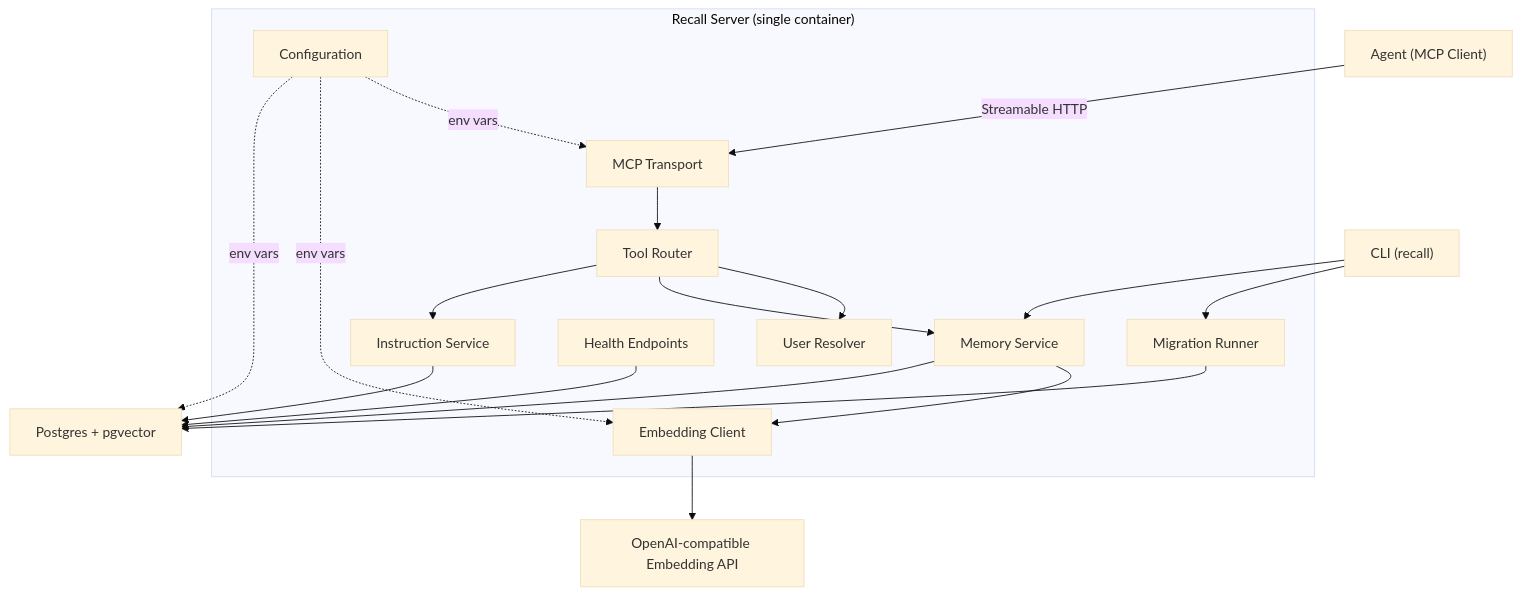
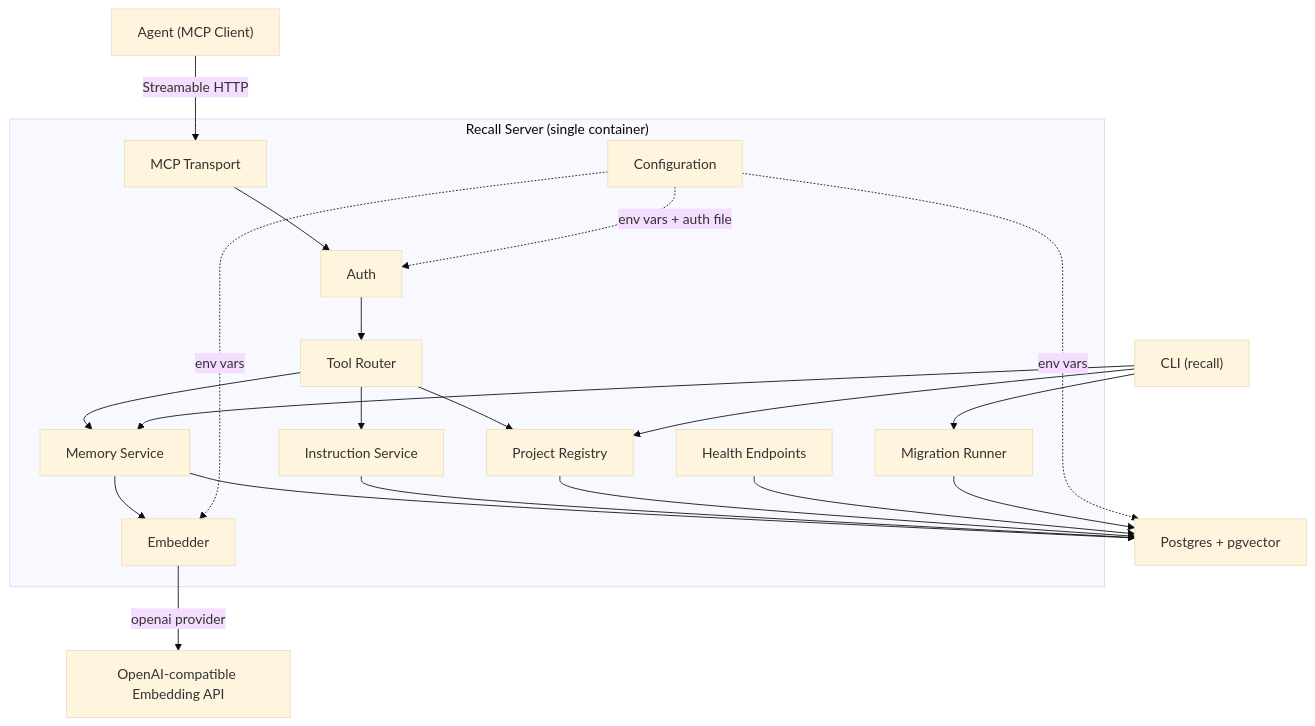
The first of 6 diagrams in docs/design/v2-design.md (mironyx/recall), drawn with Mermaid (base theme) before and after one commit. The commit also changed other lines of this file, not shown here.

````diff
--- a/docs/design/v2-design.md
+++ b/docs/design/v2-design.md
@@ -141,37 +143,41 @@
 ```mermaid
 graph TB
     Agent["Agent (MCP Client)"]
 
     subgraph Recall["Recall Server (single container)"]
         Transport["MCP Transport"]
+        Auth["Auth"]
         ToolRouter["Tool Router"]
+        ProjectRegistry["Project Registry"]
         MemoryService["Memory Service"]
         InstructionService["Instruction Service"]
-        EmbeddingClient["Embedding Client"]
-        UserResolver["User Resolver"]
+        Embedder["Embedder"]
         Config["Configuration"]
         HealthEndpoints["Health Endpoints"]
         Migrations["Migration Runner"]
     end
 
     Postgres["Postgres + pgvector"]
     EmbeddingAPI["OpenAI-compatible Embedding API"]
     CLI["CLI (recall)"]
 
     Agent -->|Streamable HTTP| Transport
-    Transport --> ToolRouter
-    ToolRouter --> UserResolver
+    Transport --> Auth
+    Auth --> ToolRouter
+    ToolRouter --> ProjectRegistry
     ToolRouter --> MemoryService
     ToolRouter --> InstructionService
-    MemoryService --> EmbeddingClient
+    MemoryService --> Embedder
     MemoryService --> Postgres
     InstructionService --> Postgres
-    EmbeddingClient --> EmbeddingAPI
+    ProjectRegistry --> Postgres
+    Embedder -->|openai provider| EmbeddingAPI
     HealthEndpoints --> Postgres
     Migrations --> Postgres
-    Config -.->|env vars| Transport
-    Config -.->|env vars| EmbeddingClient
+    Config -.->|env vars + auth file| Auth
+    Config -.->|env vars| Embedder
     Config -.->|env vars| Postgres
     CLI --> Migrations
     CLI --> MemoryService
+    CLI --> ProjectRegistry
 ```
````
